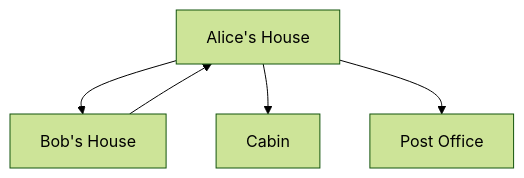
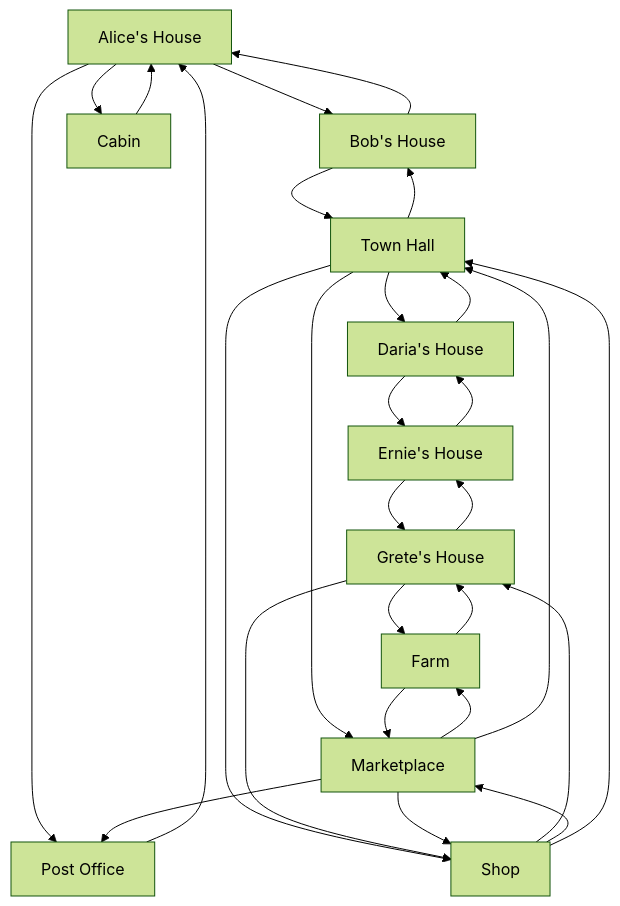
The diagram in README.md (EmmanuelOkorieC/amazon-clone-using-react), drawn with Mermaid (forest theme) before and after one commit.

````diff
--- a/README.md
+++ b/README.md
@@ -10,7 +10,30 @@
 ```mermaid
 graph TD;
    A[Alice's House]-->B[Bob's House];
    A-->C[Cabin];
    A-->P[Post Office];
    B-->A;
+   B-->T[Town Hall];
+   C-->A;
+   P-->A;
+   T-->B;
+   T-->D[Daria's House];
+   T-->M[Marketplace];
+   T-->S[Shop];
+   D-->E[Ernie's House];
+   D-->T;
+   E-->D;
+   E-->G[Grete's House];
+   G-->E;
+   G-->F[Farm];
+   G-->S;
+   F-->G;
+   F-->M;
+   S-->G;
+   S-->M;
+   S-->T;
+   M-->F;
+   M-->P;
+   M-->S;
+   M-->T;
 ```
````
